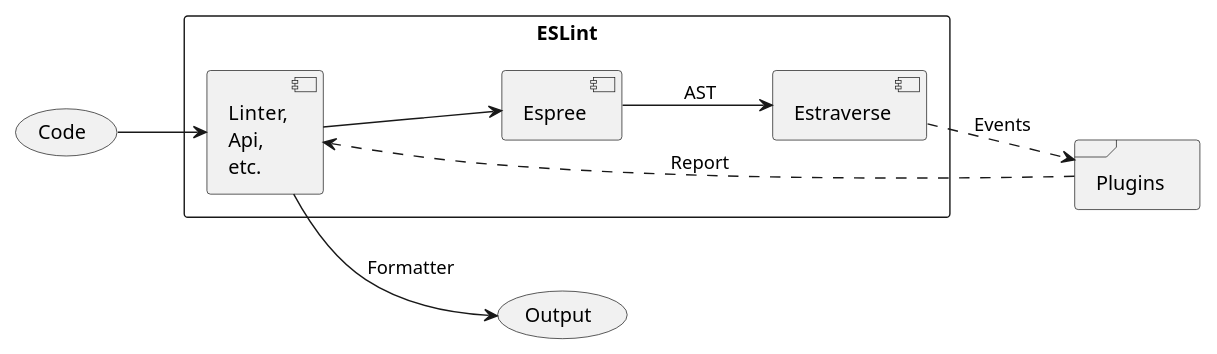
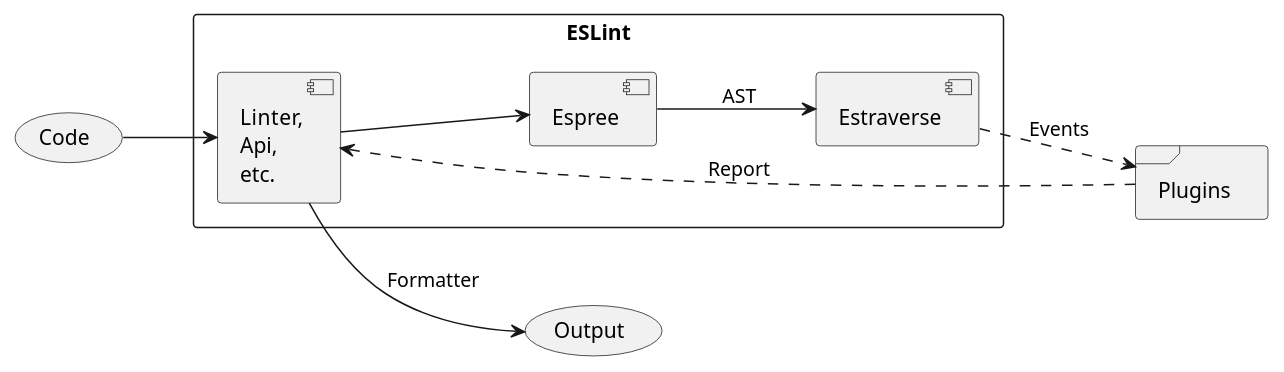
One commit to unlight/how-to-create-eslint-plugin-talk changed the diagram in PITCHME.md. Above: the diagram before and after it, drawn with PlantUML. The commit also changed other lines of this file and 6 other files, not shown here.

````diff
--- a/PITCHME.md
+++ b/PITCHME.md
@@ -121,23 +126,22 @@
 ```uml
 @startuml
 left to right direction
-scale max 800 width
 
 (Code) as (Code)
 
 rectangle ESLint {
     [Linter,\nApi,\netc.] as ESLintCore
     [Espree] --> [Estraverse] : AST
 }
 
 frame Plugins {
 }
 
 Code --> [ESLintCore]
 [ESLintCore] --> [Espree]
 [Estraverse] ..> Plugins : Events
 Plugins ..> ESLintCore : Report
 ESLintCore --> (Output): Formatter
 
 @enduml
 ```
````
